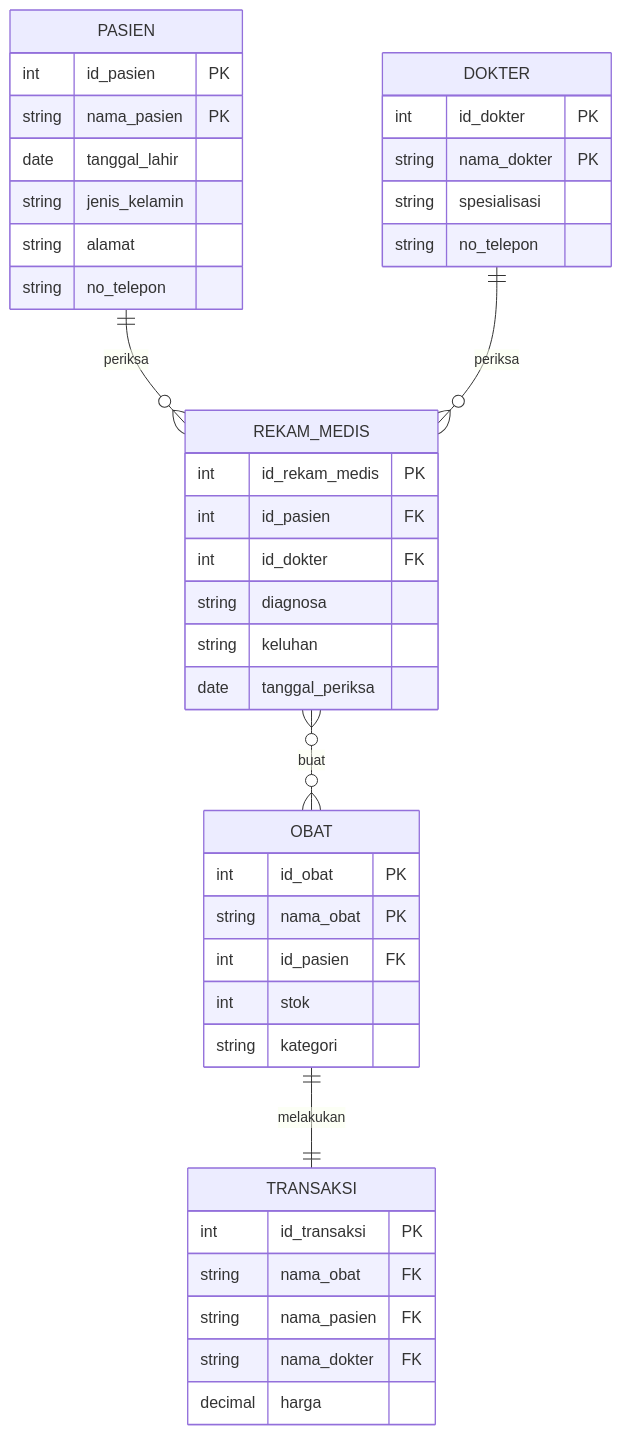
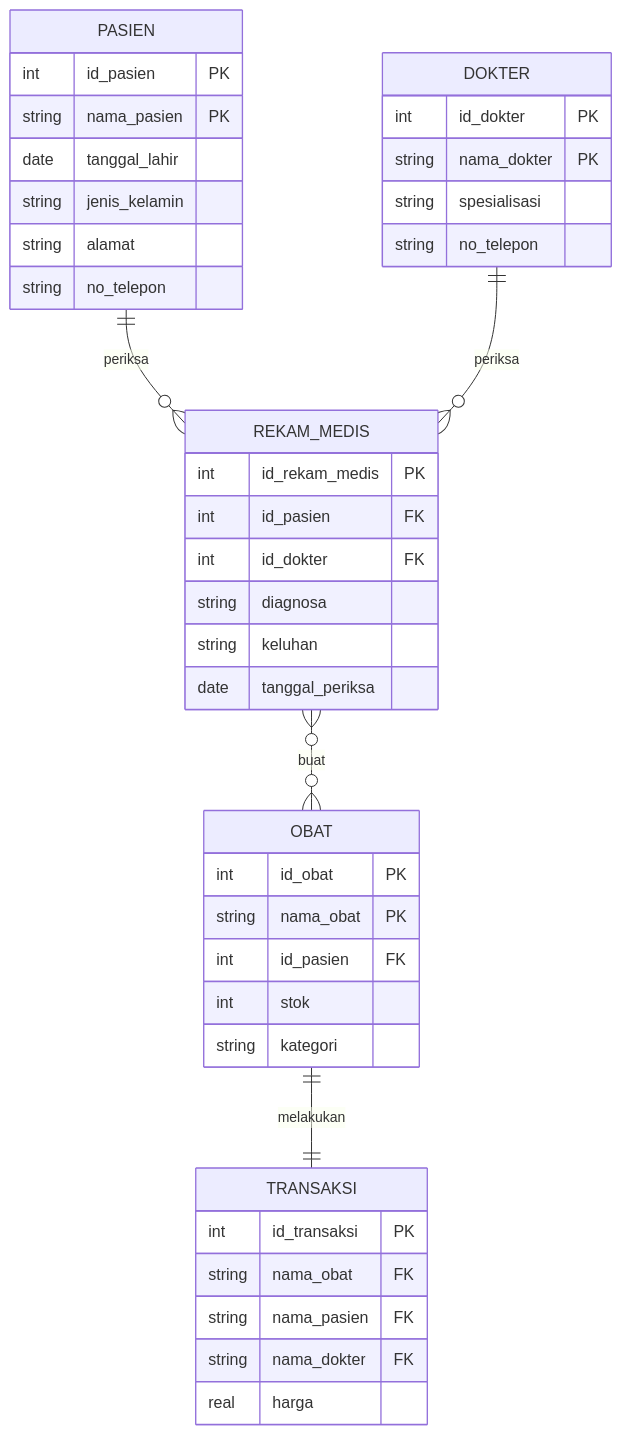
Before and after one commit to y7zsora/sistem-informasi-klmpk7: the second of 2 diagrams in README.md, drawn with Mermaid.

Commit message:
Innit Commit: mengganti var di table TRANSAKSI

````diff
--- a/README.md
+++ b/README.md
@@ -87,48 +87,48 @@
 ```mermaid
 erDiagram
     PASIEN ||--o{ REKAM_MEDIS : "periksa"
     DOKTER ||--o{ REKAM_MEDIS : "periksa"
     REKAM_MEDIS }o--o{ OBAT : "buat"
     OBAT ||--|| TRANSAKSI : "melakukan"
 
 PASIEN {
         int id_pasien PK
         string nama_pasien PK
         date tanggal_lahir
         string jenis_kelamin
         string alamat
         string no_telepon
     }
 
     DOKTER {
         int id_dokter PK
         string nama_dokter PK
         string spesialisasi
         string no_telepon
     }
 
     REKAM_MEDIS {
         int id_rekam_medis PK
         int id_pasien FK
         int id_dokter FK
         string diagnosa
         string keluhan
         date tanggal_periksa
     }
 
     OBAT {
         int id_obat PK
         string nama_obat PK
         int id_pasien FK
         int stok
         string kategori
     }
 
     TRANSAKSI {
         int id_transaksi PK
         string nama_obat FK
         string nama_pasien FK
         string nama_dokter FK
-        decimal harga
+        real harga
     }
 ```
````
